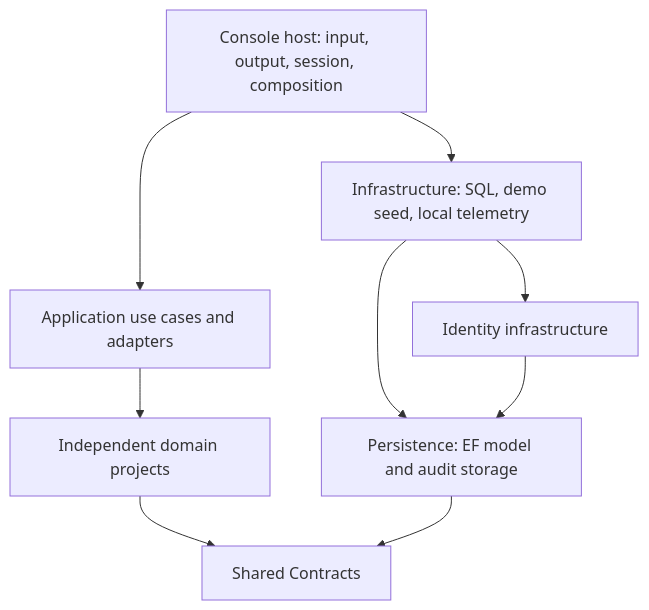
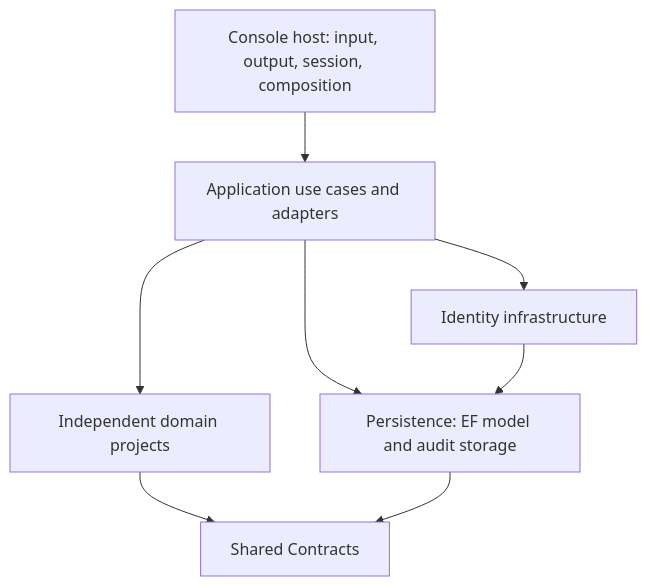
The first of 2 diagrams in docs/architecture/APPLICATION-WORKFLOWS.md (williamowen65/atlas-the-public-think-tank), drawn with Mermaid before and after one commit. The commit also changed other lines of this file and 163 other files, not shown here.

````diff
--- a/docs/architecture/APPLICATION-WORKFLOWS.md
+++ b/docs/architecture/APPLICATION-WORKFLOWS.md
@@ -19,11 +18,10 @@
 ```mermaid
 flowchart TD
     C["Console host: input, output, session, composition"] --> A["Application use cases and adapters"]
-    C --> I["Infrastructure: SQL, demo seed, local telemetry"]
-    I --> ID["Identity infrastructure"]
-    I --> P["Persistence: EF model and audit storage"]
+    A --> ID["Identity infrastructure"]
+    A --> P["Persistence: EF model and audit storage"]
     ID --> P
     A --> D["Independent domain projects"]
     D --> K["Shared Contracts"]
     P --> K
 ```
````
